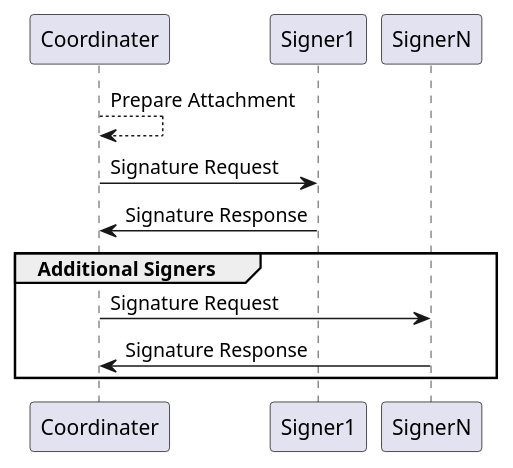
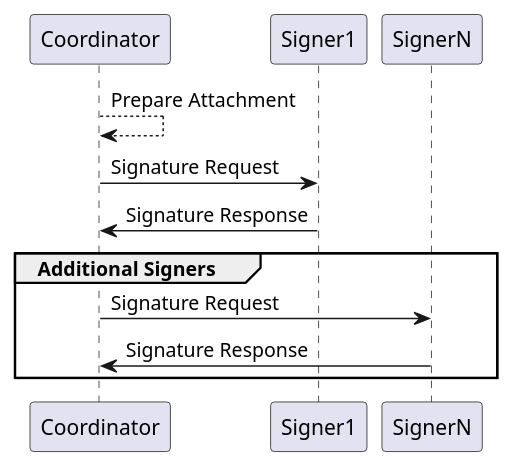
Before and after one commit to hyperledger/aries-rfcs: the first of 2 diagrams in features/0586-sign-attachment/README.md, drawn with PlantUML. The commit also changed other lines of this file, not shown here.

````diff
--- a/features/0586-sign-attachment/README.md
+++ b/features/0586-sign-attachment/README.md
@@ -40,9 +40,9 @@
 ```plantuml
-Coordinater --> Coordinater: Prepare Attachment
-Coordinater -> Signer1: Signature Request
-Signer1 -> Coordinater: Signature Response
+Coordinator --> Coordinator: Prepare Attachment
+Coordinator -> Signer1: Signature Request
+Signer1 -> Coordinator: Signature Response
 group Additional Signers
-    Coordinater -> SignerN: Signature Request
-    SignerN -> Coordinater: Signature Response
+    Coordinator -> SignerN: Signature Request
+    SignerN -> Coordinator: Signature Response
 end
 ```
````
